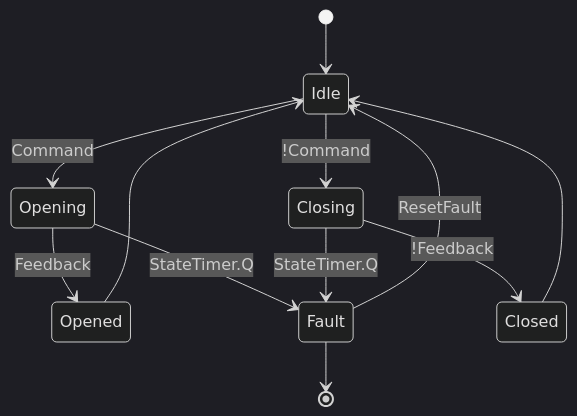
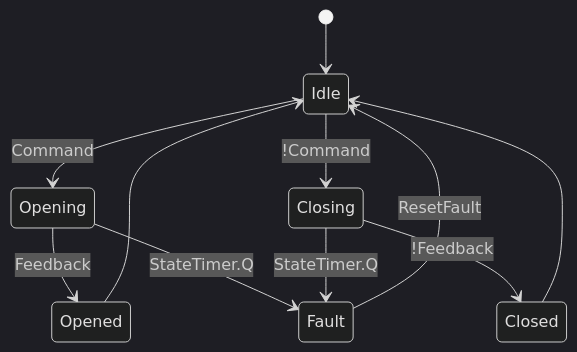
The diagram in valve.md (bkchaluvadi/sequences), drawn with Mermaid (dark theme) before and after one commit. The commit also changed other lines of this file, not shown here.

````diff
--- a/valve.md
+++ b/valve.md
@@ -2,14 +2,13 @@
 ```mermaid
-stateDiagram
+stateDiagram-v2
     [*] --> Idle
-    Idle --> Opening: Command
-    Idle --> Closing: !Command
-    Opening --> Opened: Feedback
-    Opening --> Fault: StateTimer.Q
-    Closing --> Closed: !Feedback
-    Closing --> Fault: StateTimer.Q
+    Idle --> Opening : Command
+    Idle --> Closing : !Command
+    Opening --> Opened : Feedback
+    Opening --> Fault : StateTimer.Q
+    Closing --> Closed : !Feedback
+    Closing --> Fault : StateTimer.Q
     Opened --> Idle
     Closed --> Idle
-    Fault --> Idle: ResetFault
-    Fault --> [*]
+    Fault --> Idle : ResetFault
 ```
````
